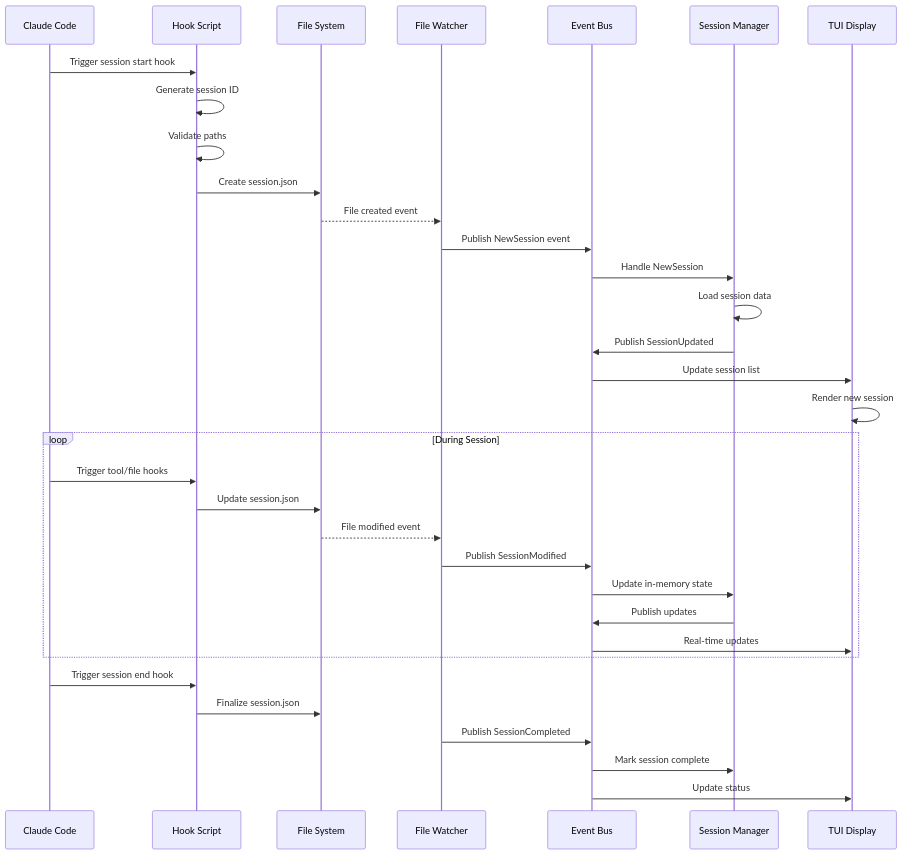
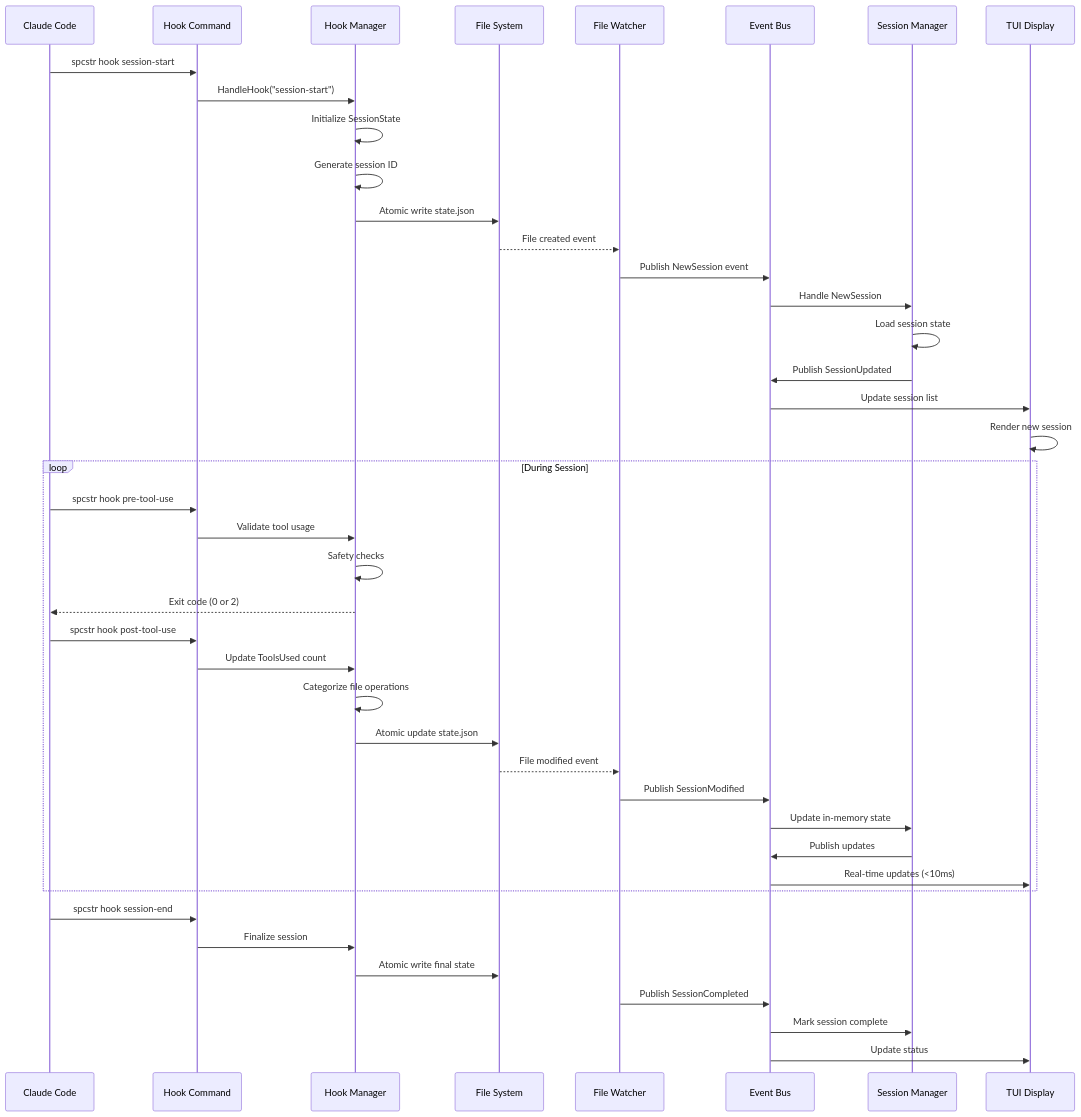
The first of 5 diagrams in docs/architecture/core-workflows.md (dylan-gluck/spcstr), drawn with Mermaid before and after one commit. The commit also changed other lines of this file and 31 other files, not shown here.

````diff
--- a/docs/architecture/core-workflows.md
+++ b/docs/architecture/core-workflows.md
@@ -4,38 +4,48 @@
 ```mermaid
 sequenceDiagram
     participant CC as Claude Code
-    participant HS as Hook Script
+    participant HC as Hook Command
+    participant HM as Hook Manager
     participant FS as File System
     participant FW as File Watcher
     participant EB as Event Bus
     participant SM as Session Manager
     participant TUI as TUI Display
     
-    CC->>HS: Trigger session start hook
-    HS->>HS: Generate session ID
-    HS->>HS: Validate paths
-    HS->>FS: Create session.json
+    CC->>HC: spcstr hook session-start
+    HC->>HM: HandleHook("session-start")
+    HM->>HM: Initialize SessionState
+    HM->>HM: Generate session ID
+    HM->>FS: Atomic write state.json
     FS-->>FW: File created event
     FW->>EB: Publish NewSession event
     EB->>SM: Handle NewSession
-    SM->>SM: Load session data
+    SM->>SM: Load session state
     SM->>EB: Publish SessionUpdated
     EB->>TUI: Update session list
     TUI->>TUI: Render new session
     
     loop During Session
-        CC->>HS: Trigger tool/file hooks
-        HS->>FS: Update session.json
+        CC->>HC: spcstr hook pre-tool-use
+        HC->>HM: Validate tool usage
+        HM->>HM: Safety checks
+        HM-->>CC: Exit code (0 or 2)
+        
+        CC->>HC: spcstr hook post-tool-use
+        HC->>HM: Update ToolsUsed count
+        HM->>HM: Categorize file operations
+        HM->>FS: Atomic update state.json
         FS-->>FW: File modified event
         FW->>EB: Publish SessionModified
         EB->>SM: Update in-memory state
         SM->>EB: Publish updates
-        EB->>TUI: Real-time updates
+        EB->>TUI: Real-time updates (<10ms)
     end
     
-    CC->>HS: Trigger session end hook
-    HS->>FS: Finalize session.json
+    CC->>HC: spcstr hook session-end
+    HC->>HM: Finalize session
+    HM->>FS: Atomic write final state
     FW->>EB: Publish SessionCompleted
     EB->>SM: Mark session complete
     EB->>TUI: Update status
 ```
````
